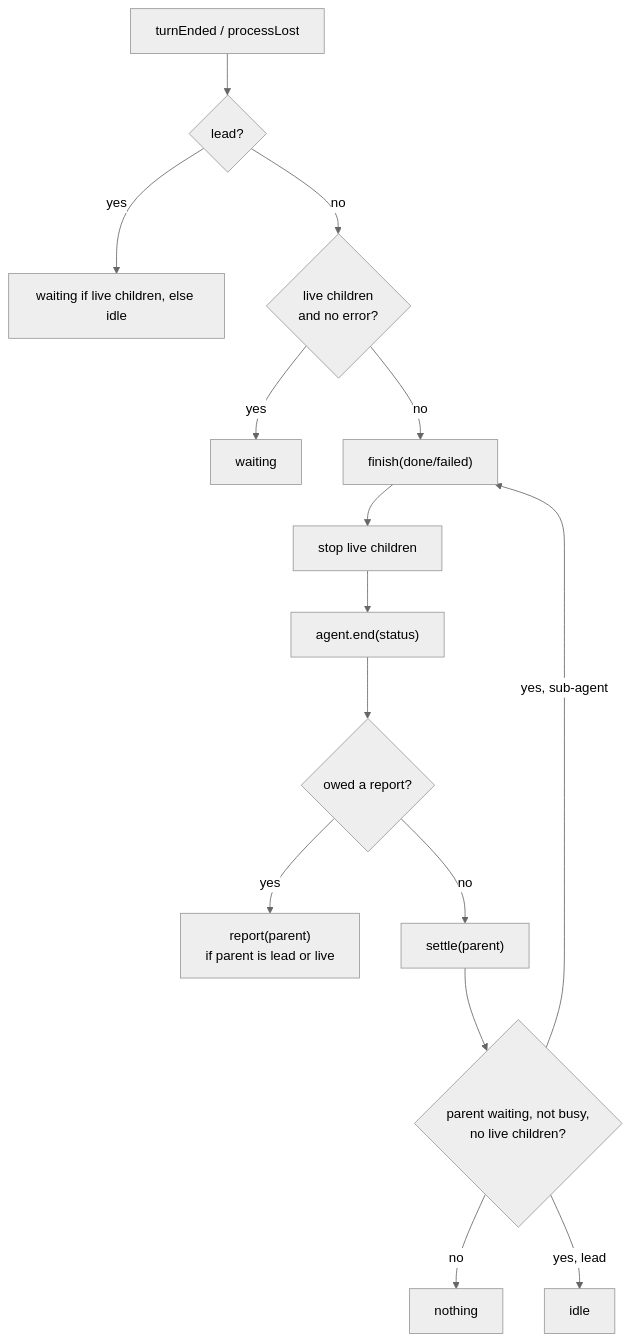
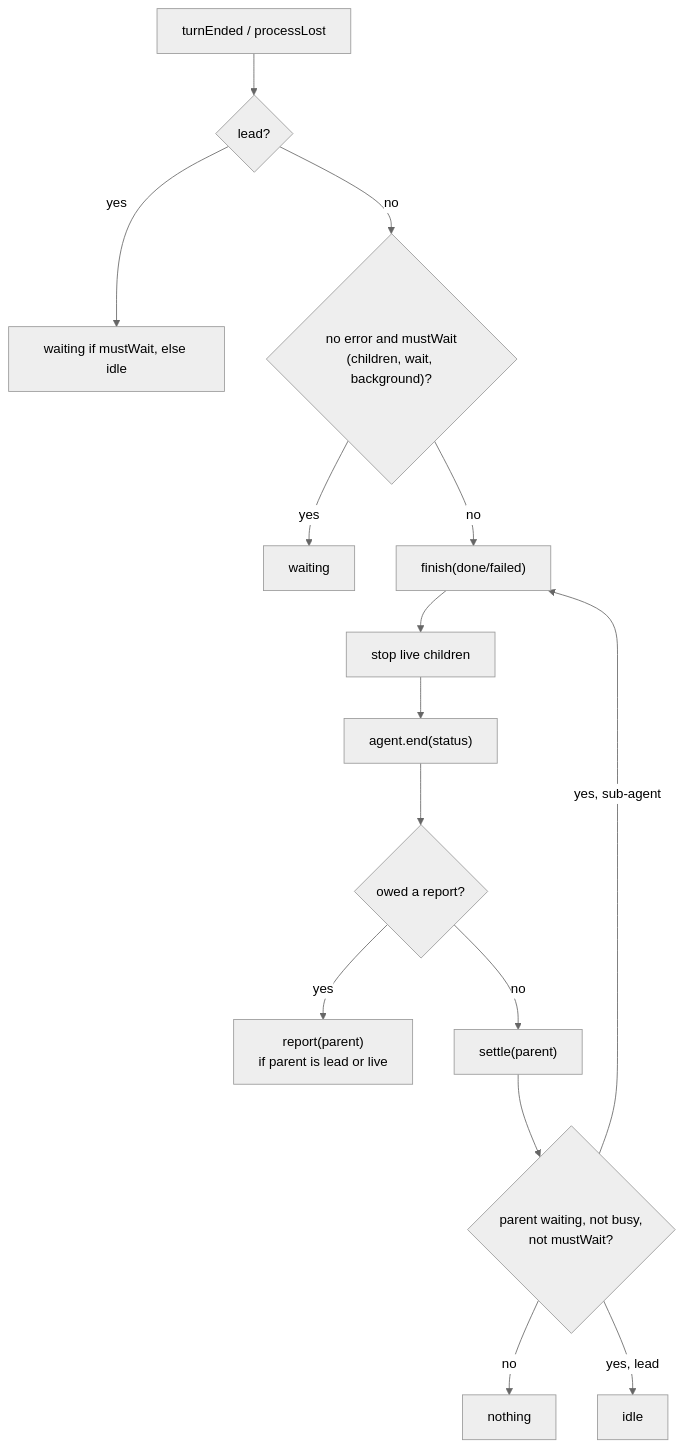
One commit to Luxorium/masthead changed the diagram in docs/wiki/Source-Conversation.md. Above: the diagram before and after it, drawn with Mermaid (neutral theme). The commit also changed other lines of this file and 33 other files, not shown here.

````diff
--- a/docs/wiki/Source-Conversation.md
+++ b/docs/wiki/Source-Conversation.md
@@ -91,17 +102,17 @@
 ```mermaid
 flowchart TD
   T["turnEnded / processLost"] --> L{lead?}
-  L -- yes --> LW["waiting if live children, else idle"]
-  L -- no --> W{"live children<br/>and no error?"}
+  L -- yes --> LW["waiting if mustWait, else idle"]
+  L -- no --> W{"no error and mustWait<br/>(children, wait, background)?"}
   W -- yes --> WT[waiting]
   W -- no --> F["finish(done/failed)"]
   F --> F1[stop live children]
   F1 --> F2["agent.end(status)"]
   F2 --> O{owed a report?}
   O -- yes --> R["report(parent)<br/>if parent is lead or live"]
   O -- no --> S["settle(parent)"]
-  S --> S1{"parent waiting, not busy,<br/>no live children?"}
+  S --> S1{"parent waiting, not busy,<br/>not mustWait?"}
   S1 -- no --> X[nothing]
   S1 -- "yes, lead" --> I[idle]
   S1 -- "yes, sub-agent" --> F
 ```
````
